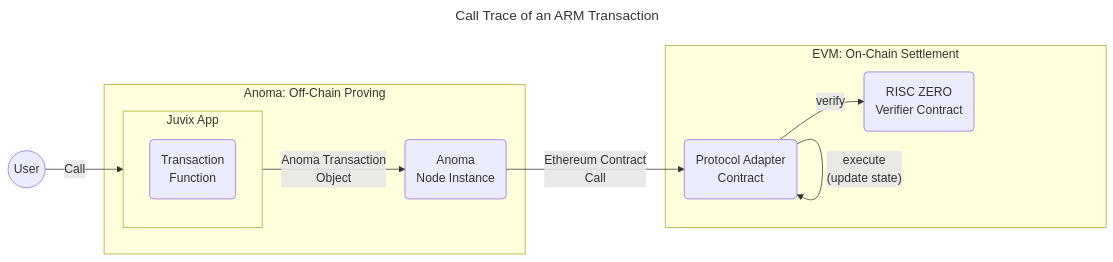
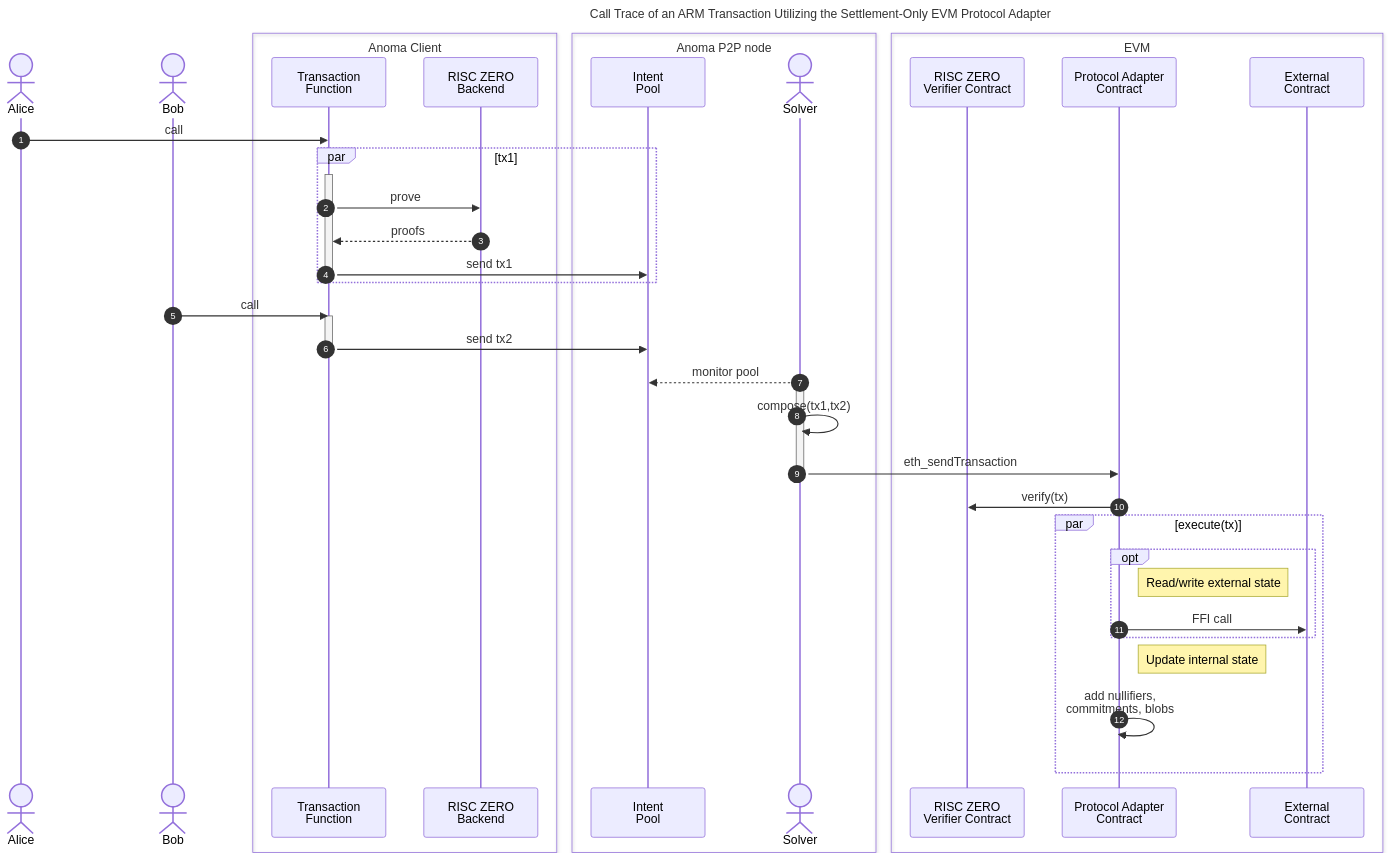
The first of 2 diagrams in docs/arch/integrations/adapters/evm.md (anoma/nspec), drawn with Mermaid before and after one commit. The commit also changed other lines of this file, not shown here.

Commit message:
feat: add sequence diagram

````diff
--- a/docs/arch/integrations/adapters/evm.md
+++ b/docs/arch/integrations/adapters/evm.md
@@ -122,33 +123,63 @@
 ```mermaid
 ---
 title: Call Trace of an ARM Transaction
 ---
-flowchart LR
-  user(("User"))
+sequenceDiagram
+  autonumber
+  title: Call Trace of an ARM Transaction Utilizing the Settlement-Only EVM Protocol Adapter
 
-  subgraph Anoma: Off-Chain Proving
-    subgraph Juvix App
-      direction TB
-      tf("Transaction<br>Function")
-    end
-    node("Anoma<br>Node Instance")
+  actor Alice as Alice
+  actor Bob as Bob
+
+  box Anoma Client
+    participant TF as Transaction<br>Function
+    participant R0B as RISC ZERO<br>Backend 
   end
 
-  subgraph EVM: On-Chain Settlement
-    pa("Protocol Adapter<br>Contract")
-    risc0("RISC ZERO<br>Verifier Contract")
+  Alice ->> TF: call
+  
+  par tx1
+    activate TF
+    TF ->> R0B: prove
+    R0B -->> TF: proofs
+    TF ->> IP: send tx1
+    deactivate TF
   end
-    user
-    --Call -->
-    tf
-    --Anoma Transaction<br>Object-->
-    node
-    --Ethereum Contract<br>Call-->
-    pa
-    --execute<br>(update state)-->
-    pa
 
-    pa
-    --verify-->
-    risc0
+  Bob ->> TF: call
+  activate TF
+    TF ->> IP: send tx2
+  deactivate TF
+  
+  box Anoma P2P node
+    participant IP as Intent<br>Pool
+    actor Sally as Solver
+  end
+
+
+  Sally -->> IP: monitor pool
+  activate Sally
+    Sally ->> Sally: compose(tx1,tx2)
+
+    box EVM
+      participant R0V as RISC ZERO<br>Verifier Contract 
+      participant PA as Protocol Adapter<br>Contract
+      participant Ext as External<br>Contract
+    end
+    Sally ->> PA: eth_sendTransaction
+  deactivate Sally
+
+  %%par verify(tx)
+  PA ->> R0V: verify(tx)
+  %%end
+
+  par execute(tx)
+    opt
+      Note right of PA: Read/write external state
+      PA ->> Ext: FFI call
+    end
+    Note right of PA: Update internal state
+    PA ->> PA: add nullifiers,<br>commitments, blobs
+  end
+
 ```
````
